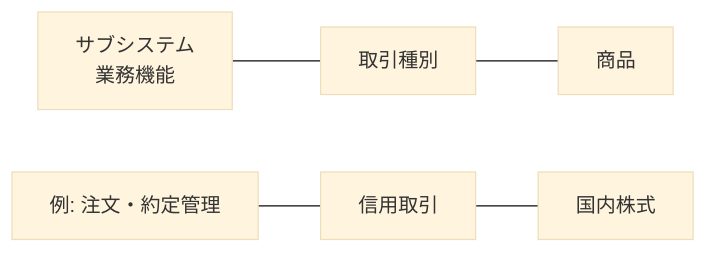
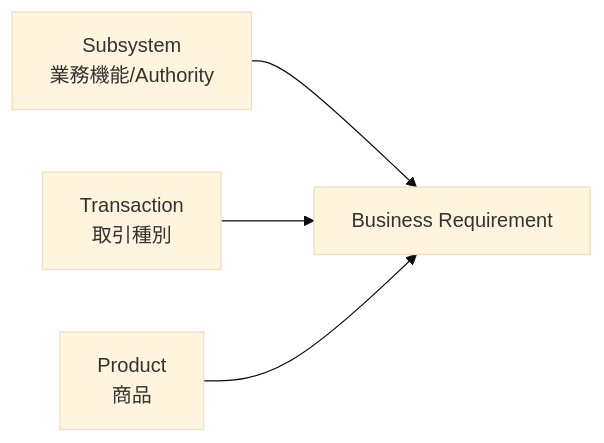
The diagram in docs/01-architecture/CLASSIFICATION_MODEL.md (skyTreeCN/jp-securitie-skills), drawn with Mermaid (base theme) before and after one commit. The commit also changed other lines of this file, not shown here.

````diff
--- a/docs/01-architecture/CLASSIFICATION_MODEL.md
+++ b/docs/01-architecture/CLASSIFICATION_MODEL.md
@@ -15,8 +16,11 @@
 ```mermaid
 flowchart LR
-  SS[サブシステム\n業務機能] --- T[取引種別]
-  T --- P[商品]
+  SS[Subsystem\n業務機能/Authority]
+  TR[Transaction\n取引種別]
+  PR[Product\n商品]
+  REQ[Business Requirement]
 
-  EX[例: 注文・約定管理] --- TR[信用取引]
-  TR --- PR[国内株式]
+  SS --> REQ
+  TR --> REQ
+  PR --> REQ
 ```
````
